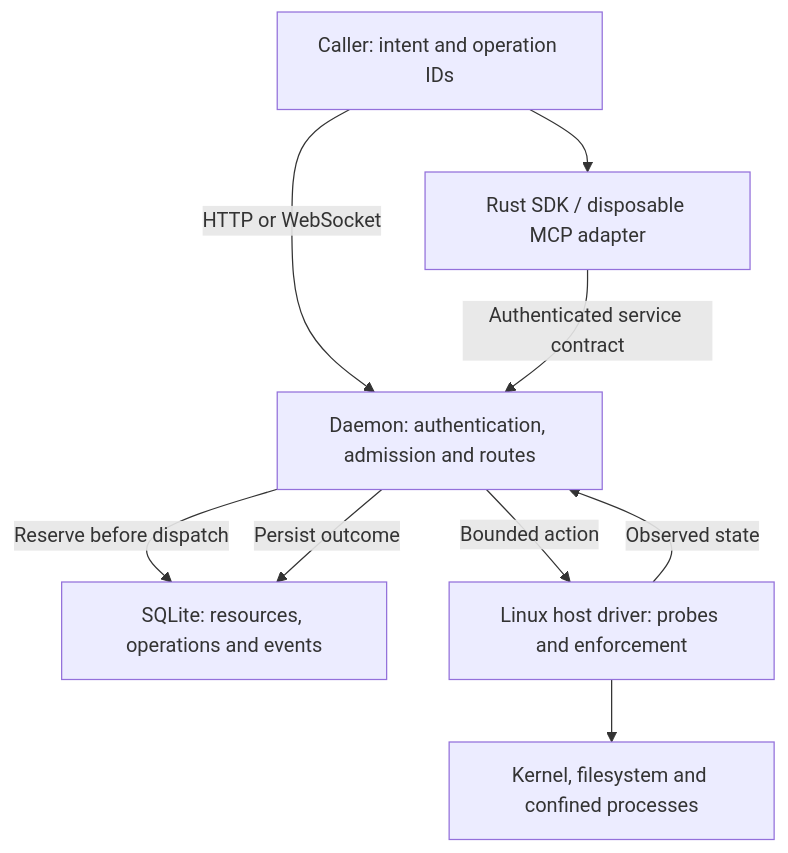
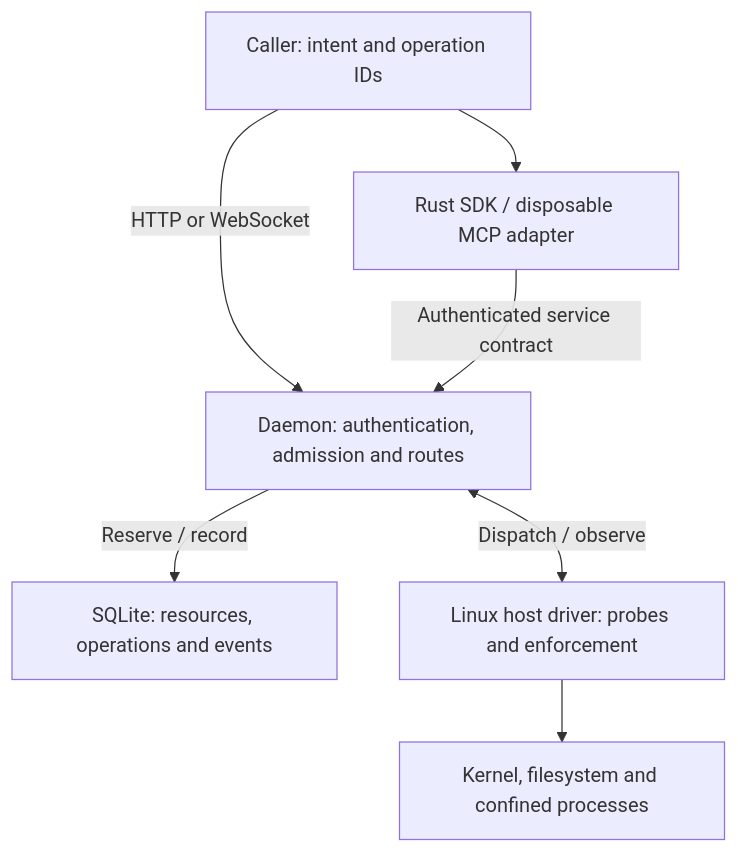
The first of 2 diagrams in website/docs/concepts/model.md (beyond10x/substrate), drawn with Mermaid before and after one commit.

Commit message:
docs: keep subsystem diagram edge labels distinct

````diff
--- a/website/docs/concepts/model.md
+++ b/website/docs/concepts/model.md
@@ -19,17 +19,15 @@
 ```mermaid
 flowchart TB
   Caller["Caller: intent and operation IDs"]
   SDK["Rust SDK / disposable MCP adapter"]
   Daemon["Daemon: authentication, admission and routes"]
   Store["SQLite: resources, operations and events"]
   Host["Linux host driver: probes and enforcement"]
   OS["Kernel, filesystem and confined processes"]
   Caller --> SDK
   Caller -->|HTTP or WebSocket| Daemon
   SDK -->|Authenticated service contract| Daemon
-  Daemon -->|Reserve before dispatch| Store
-  Daemon -->|Bounded action| Host
+  Daemon -->|Reserve / record| Store
+  Daemon <-->|Dispatch / observe| Host
   Host --> OS
-  Host -->|Observed state| Daemon
-  Daemon -->|Persist outcome| Store
 ```
````
